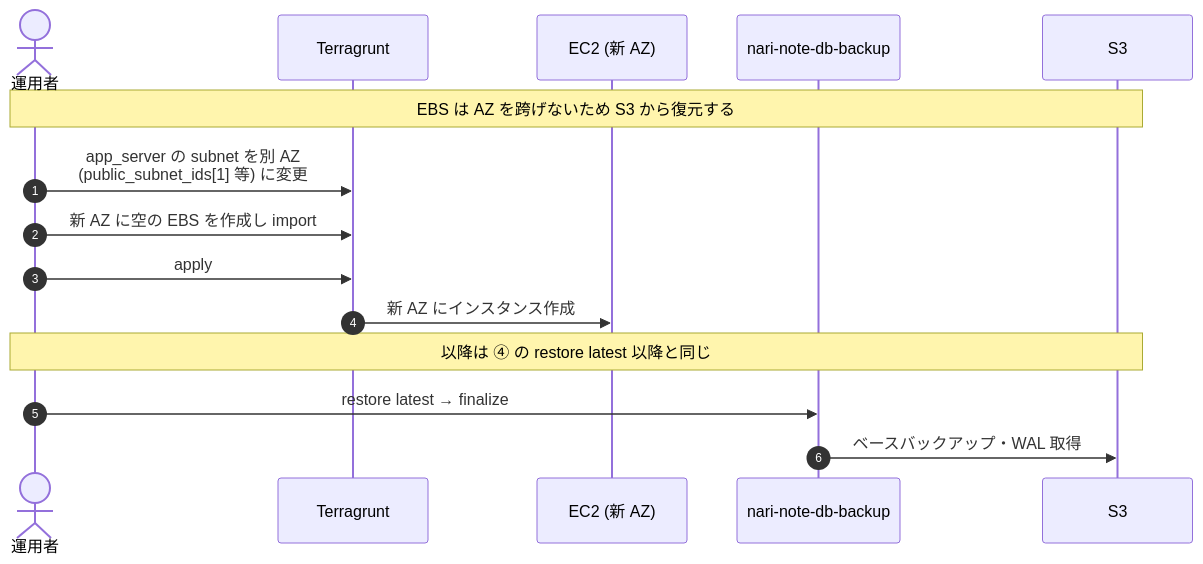
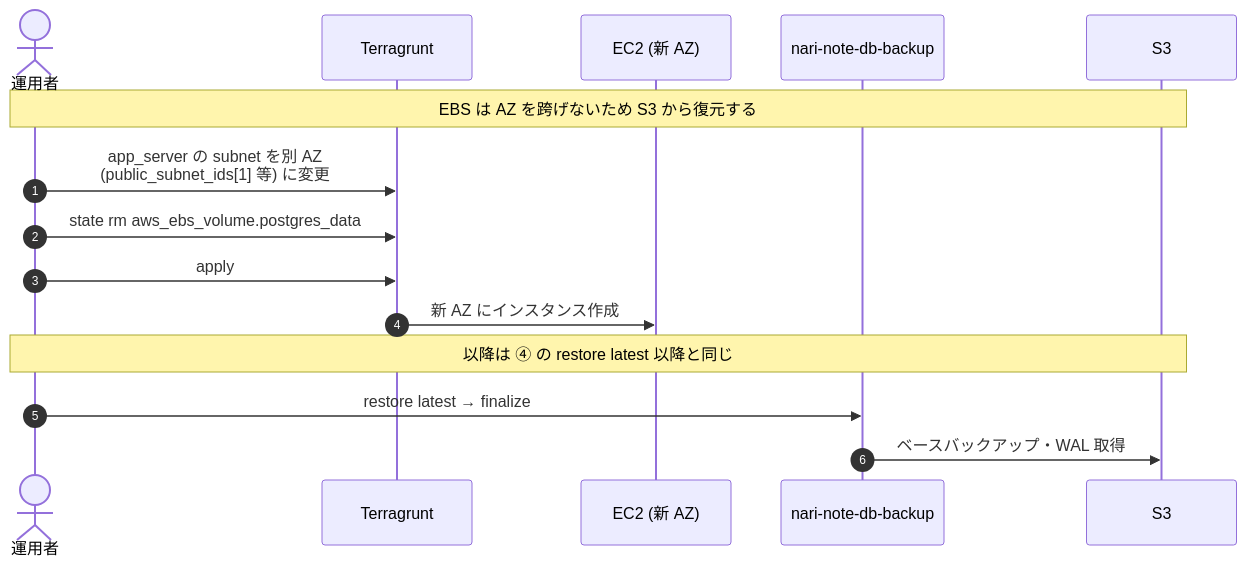
Before and after one commit to doguto/nari-note: the seventh of 8 diagrams in infrastruture/docs/db-backup-recovery.md, drawn with Mermaid. The commit also changed other lines of this file and 1 other file, not shown here.

````diff
--- a/infrastruture/docs/db-backup-recovery.md
+++ b/infrastruture/docs/db-backup-recovery.md
@@ -295,18 +294,18 @@
 ```mermaid
 sequenceDiagram
     autonumber
     actor Op as 運用者
     participant TF as Terragrunt
     participant EC2 as EC2 (新 AZ)
     participant WG as nari-note-db-backup
     participant S3 as S3
 
     Note over Op,S3: EBS は AZ を跨げないため S3 から復元する
     Op->>TF: app_server の subnet を別 AZ<br/>(public_subnet_ids[1] 等) に変更
-    Op->>TF: 新 AZ に空の EBS を作成し import
+    Op->>TF: state rm aws_ebs_volume.postgres_data
     Op->>TF: apply
     TF->>EC2: 新 AZ にインスタンス作成
     Note over Op,S3: 以降は ④ の restore latest 以降と同じ
     Op->>WG: restore latest → finalize
     WG->>S3: ベースバックアップ・WAL 取得
 ```
````
